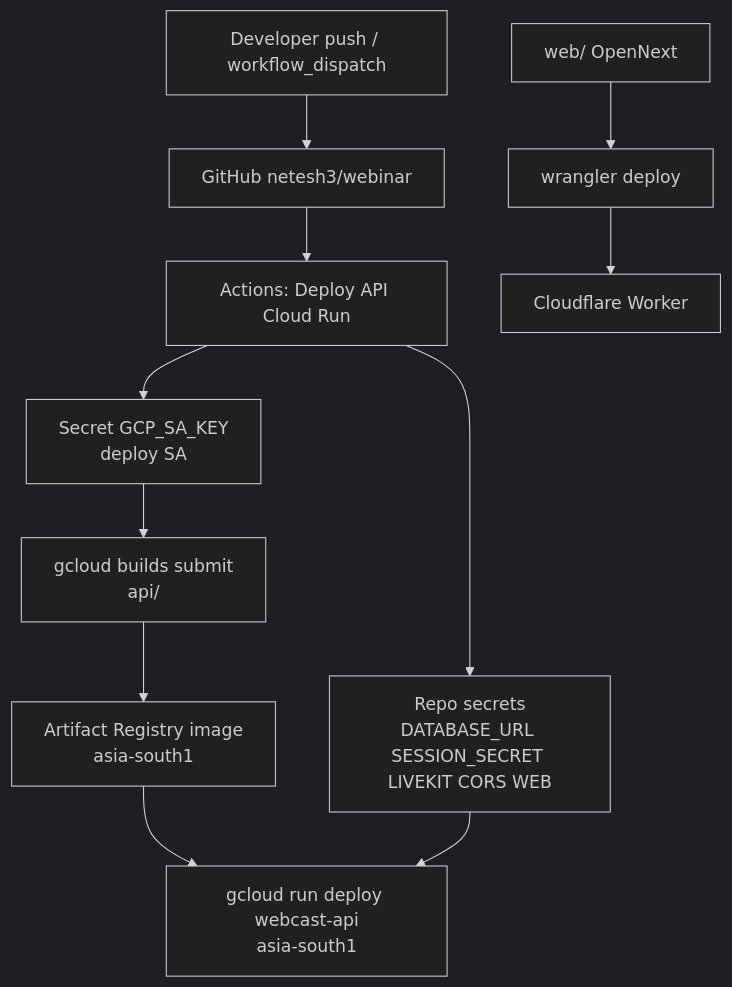
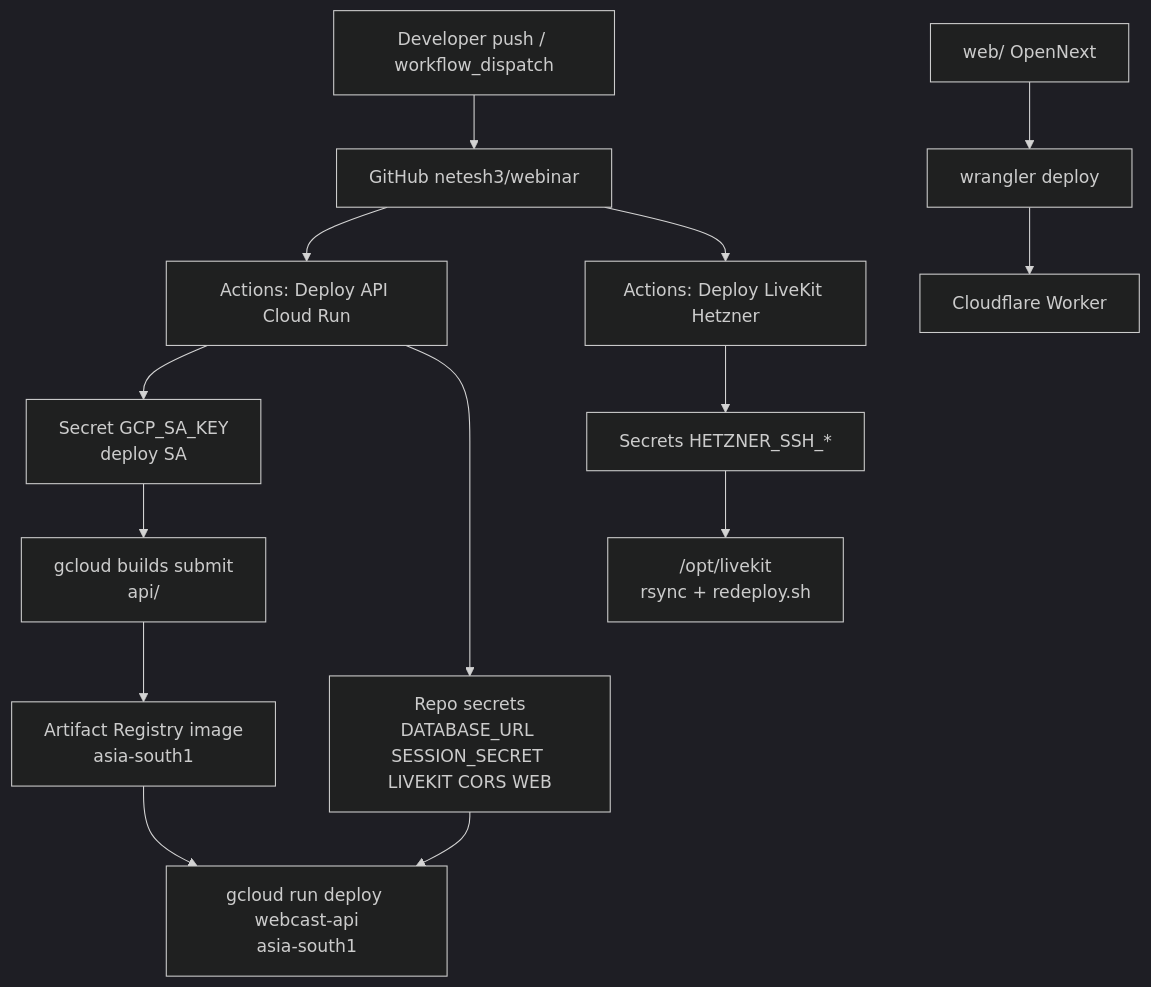
One commit to netesh3/webinar changed the second of 2 diagrams in docs/DEPLOYMENT-TOPOLOGY.md. Above: the diagram before and after it, drawn with Mermaid (dark theme). The commit also changed other lines of this file and 6 other files, not shown here.

First line of the commit message:
Add Hetzner LiveKit CI deploy and document path-based auto-deploys.

````diff
--- a/docs/DEPLOYMENT-TOPOLOGY.md
+++ b/docs/DEPLOYMENT-TOPOLOGY.md
@@ -70,25 +70,31 @@
 ```mermaid
 flowchart TD
   Dev["Developer push / workflow_dispatch"]
   GH["GitHub netesh3/webinar"]
   WF["Actions: Deploy API Cloud Run"]
+  WFLK["Actions: Deploy LiveKit Hetzner"]
   SA["Secret GCP_SA_KEY\ndeploy SA"]
   Build["gcloud builds submit\napi/"]
   Img["Artifact Registry image\nasia-south1"]
   Deploy["gcloud run deploy webcast-api\nasia-south1"]
   Secrets["Repo secrets\nDATABASE_URL SESSION_SECRET LIVEKIT CORS WEB"]
+  SSH["Secrets HETZNER_SSH_*"]
+  Opt["/opt/livekit\nrsync + redeploy.sh"]
 
   Dev --> GH
   GH --> WF
+  GH --> WFLK
   WF --> SA
   WF --> Secrets
   SA --> Build
   Build --> Img
   Img --> Deploy
   Secrets --> Deploy
+  WFLK --> SSH
+  SSH --> Opt
 
   WebSrc["web/ OpenNext"]
   Wrangler["wrangler deploy"]
   Worker["Cloudflare Worker"]
   WebSrc --> Wrangler --> Worker
 ```
````
